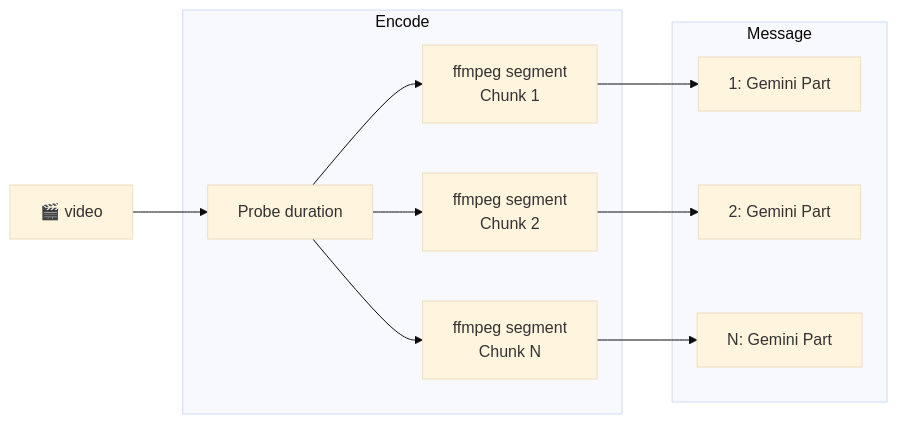
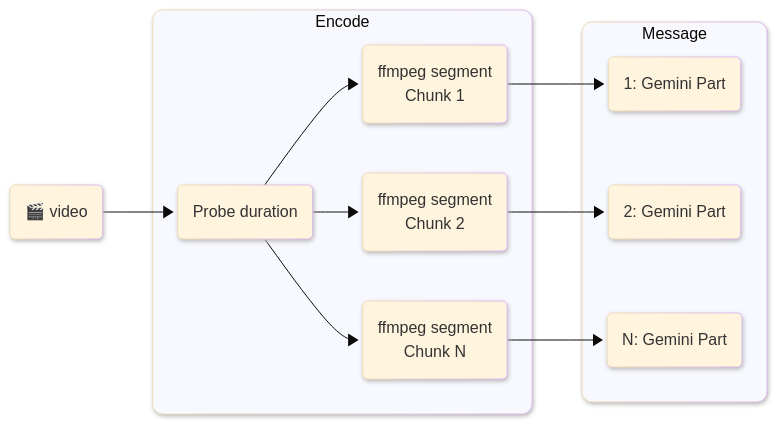
One commit to vlm-run/mm changed the tenth of 17 diagrams in docs/ENCODERS.md. Above: the diagram before and after it, drawn with Mermaid (base theme). The commit also changed other lines of this file and 1 other file, not shown here.

````diff
--- a/docs/ENCODERS.md
+++ b/docs/ENCODERS.md
@@ -240,22 +267,25 @@
 ```mermaid
+%%{init: {'look': 'neo'} }%%
 graph LR
-  video["🎬 video"]
+  video("🎬 video")
 
   subgraph encode ["Encode"]
-    probe["Probe duration"]
-    c1["ffmpeg segment\nChunk 1"]
-    c2["ffmpeg segment\nChunk 2"]
-    c3["ffmpeg segment\nChunk N"]
+    probe("Probe duration")
+    c1("ffmpeg segment\nChunk 1")
+    c2("ffmpeg segment\nChunk 2")
+    c3("ffmpeg segment\nChunk N")
   end
 
   subgraph message ["Message"]
-    m1["1: Gemini Part"]
-    m2["2: Gemini Part"]
-    m3["N: Gemini Part"]
+    m1("1: Gemini Part")
+    m2("2: Gemini Part")
+    m3("N: Gemini Part")
   end
 
   video --> probe
   probe --> c1 --> m1
   probe --> c2 --> m2
   probe --> c3 --> m3
+  style encode rx:10px,ry:10px
+  style message rx:10px,ry:10px
 ```
````
